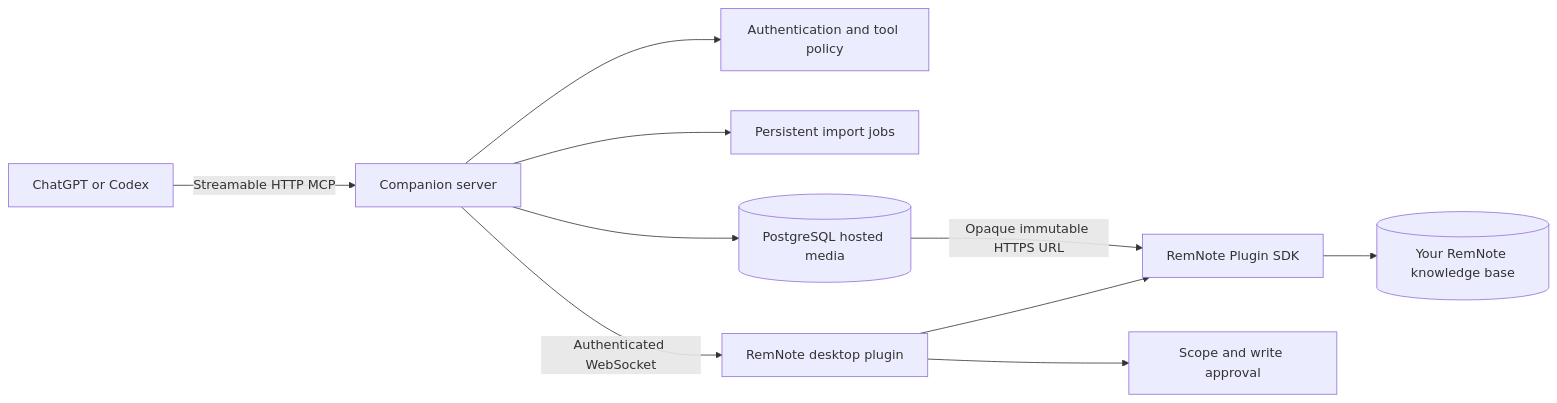
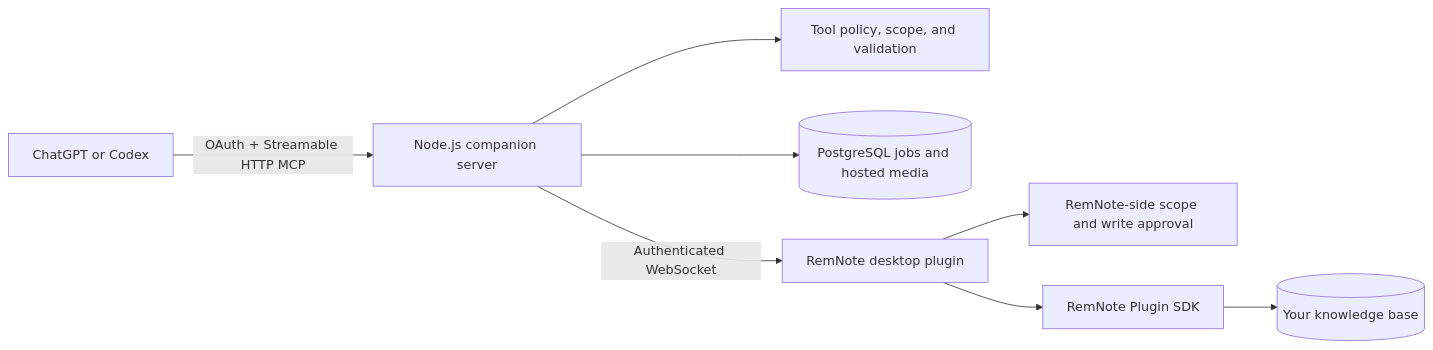
One commit to HTGit63/remnote-plugin-template-react changed the diagram in README.md. Above: the diagram before and after it, drawn with Mermaid. The commit also changed other lines of this file and 19 other files, not shown here.

````diff
--- a/README.md
+++ b/README.md
@@ -35,12 +39,10 @@
 ```mermaid
 flowchart LR
-  A[ChatGPT or Codex] -->|Streamable HTTP MCP| B[Companion server]
-  B --> C[Authentication and tool policy]
-  B --> D[Persistent import jobs]
-  B --> I[(PostgreSQL hosted media)]
-  I -->|Opaque immutable HTTPS URL| G
+  A[ChatGPT or Codex] -->|OAuth + Streamable HTTP MCP| B[Node.js companion server]
+  B --> C[Tool policy, scope, and validation]
+  B --> D[(PostgreSQL jobs and hosted media)]
   B -->|Authenticated WebSocket| E[RemNote desktop plugin]
-  E --> F[Scope and write approval]
+  E --> F[RemNote-side scope and write approval]
   E --> G[RemNote Plugin SDK]
-  G --> H[(Your RemNote knowledge base)]
+  G --> H[(Your knowledge base)]
 ```
````
